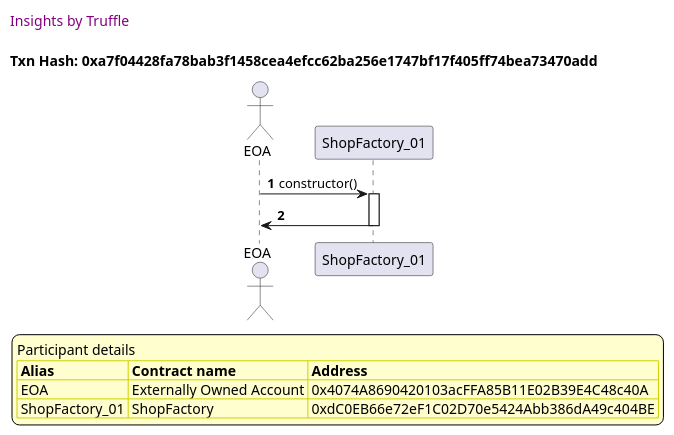
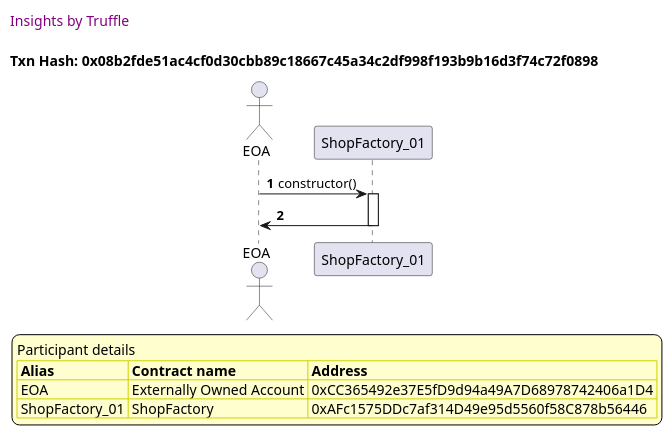
One commit to thedarkjester/ConsensysAssignment changed the first of 58 diagrams in truffle-seq/Shop_test_shopfactory_manage_shop.md. Above: the diagram before and after it, drawn with PlantUML. The commit also changed other lines of this file and 13 other files, not shown here.

````diff
--- a/truffle-seq/Shop_test_shopfactory_manage_shop.md
+++ b/truffle-seq/Shop_test_shopfactory_manage_shop.md
@@ -13,37 +13,37 @@
 ```plantuml
 
 
 @startuml
 
 autonumber
 skinparam legendBackgroundColor #FEFECE
 
 <style>
       header {
         HorizontalAlignment left
         FontColor purple
         FontSize 14
         Padding 10
       }
     </style>
 
 header Insights by Truffle
 
-title Txn Hash: 0xa7f04428fa78bab3f1458cea4efcc62ba256e1747bf17f405ff74bea73470add
+title Txn Hash: 0x08b2fde51ac4cf0d30cbb89c18667c45a34c2df998f193b9b16d3f74c72f0898
 
 
 actor EOA as "EOA"
 participant ShopFactory_01 as "ShopFactory_01"
 
 "EOA" -> "ShopFactory_01" ++: constructor()
 "ShopFactory_01" -> "EOA" --: 
 
 legend
 Participant details
 <#FEFECE,#D0D000>|= Alias |= Contract name |= Address |
-<#FEFECE>| EOA | Externally Owned Account | 0x4074A8690420103acFFA85B11E02B39E4C48c40A |
-<#FEFECE>| ShopFactory_01 | ShopFactory | 0xdC0EB66e72eF1C02D70e5424Abb386dA49c404BE |
+<#FEFECE>| EOA | Externally Owned Account | 0xCC365492e37E5fD9d94a49A7D68978742406a1D4 |
+<#FEFECE>| ShopFactory_01 | ShopFactory | 0xAFc1575DDc7af314D49e95d5560f58C878b56446 |
 endlegend
 
 @enduml
 ```
````
